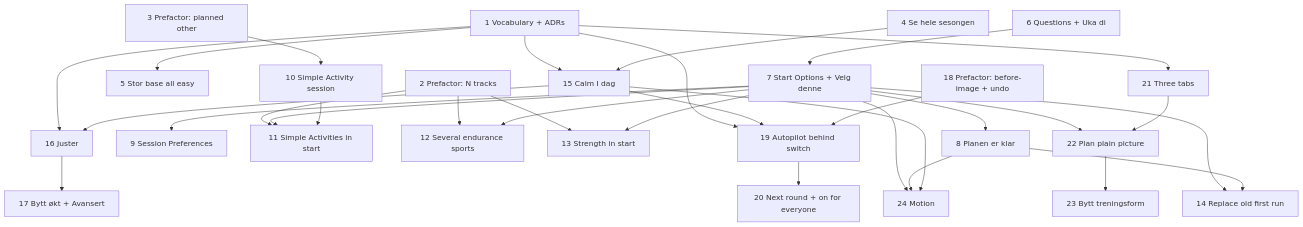
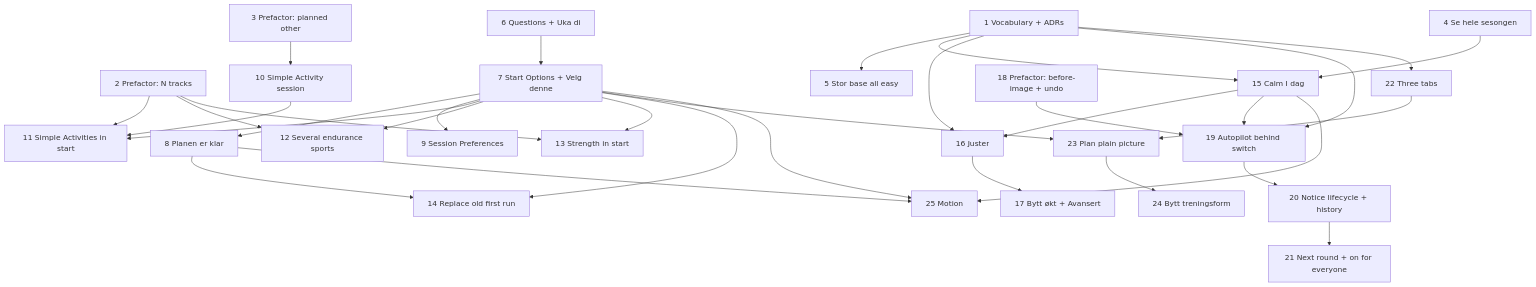
The diagram in docs/prototypes/TICKETS-DRAFT.md (leskraas/trainm8), drawn with Mermaid before and after one commit. The commit also changed other lines of this file and 2 other files, not shown here.

````diff
--- a/docs/prototypes/TICKETS-DRAFT.md
+++ b/docs/prototypes/TICKETS-DRAFT.md
@@ -400,58 +415,60 @@
 ```mermaid
 graph TD
   T1[1 Vocabulary + ADRs]
   T2[2 Prefactor: N tracks]
   T3[3 Prefactor: planned other]
   T4[4 Se hele sesongen]
   T5[5 Stor base all easy]
   T6[6 Questions + Uka di]
   T7[7 Start Options + Velg denne]
   T8[8 Planen er klar]
   T9[9 Session Preferences]
   T10[10 Simple Activity session]
   T11[11 Simple Activities in start]
   T12[12 Several endurance sports]
   T13[13 Strength in start]
   T14[14 Replace old first run]
   T15[15 Calm I dag]
   T16[16 Juster]
   T17[17 Bytt økt + Avansert]
   T18[18 Prefactor: before-image + undo]
   T19[19 Autopilot behind switch]
-  T20[20 Next round + on for everyone]
-  T21[21 Three tabs]
-  T22[22 Plan plain picture]
-  T23[23 Bytt treningsform]
-  T24[24 Motion]
+  T20[20 Notice lifecycle + history]
+  T21[21 Next round + on for everyone]
+  T22[22 Three tabs]
+  T23[23 Plan plain picture]
+  T24[24 Bytt treningsform]
+  T25[25 Motion]
 
   T1 --> T5
   T1 --> T15
   T1 --> T16
   T1 --> T19
-  T1 --> T21
+  T1 --> T22
   T6 --> T7
   T7 --> T8
   T7 --> T9
   T3 --> T10
   T2 --> T11
   T7 --> T11
   T10 --> T11
   T2 --> T12
   T7 --> T12
   T2 --> T13
   T7 --> T13
   T7 --> T14
   T8 --> T14
   T4 --> T15
   T15 --> T16
   T16 --> T17
   T15 --> T19
   T18 --> T19
   T19 --> T20
-  T7 --> T22
-  T21 --> T22
+  T20 --> T21
+  T7 --> T23
   T22 --> T23
-  T7 --> T24
-  T8 --> T24
-  T15 --> T24
+  T23 --> T24
+  T7 --> T25
+  T8 --> T25
+  T15 --> T25
 ```
````
